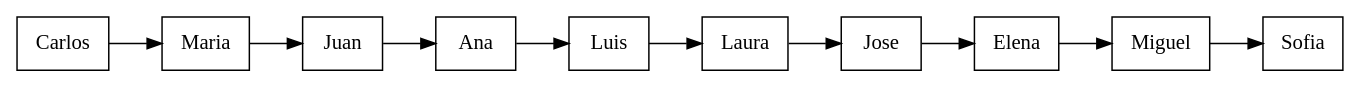
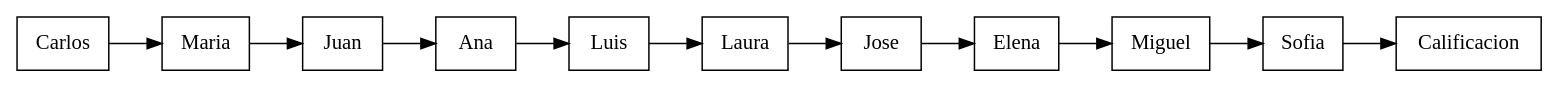
The diagram in Fase 1/cmake-build-debug/Usuarios.dot (TeFxiu/-EDD-Proyecto_202206963), drawn with Graphviz before and after one commit. The commit also changed 576 other files, not shown here.

```diff
--- a/Fase 1/cmake-build-debug/Usuarios.dot
+++ b/Fase 1/cmake-build-debug/Usuarios.dot
@@ -1,23 +1,25 @@
 digraph Usuarios{
 node[shape = "box"];
 rankdir=LR
 "Nodo1"[label = "Carlos"];
 "Nodo1"->"Nodo2"
 "Nodo2"[label = "Maria"];
 "Nodo2"->"Nodo3"
 "Nodo3"[label = "Juan"];
 "Nodo3"->"Nodo4"
 "Nodo4"[label = "Ana"];
 "Nodo4"->"Nodo5"
 "Nodo5"[label = "Luis"];
 "Nodo5"->"Nodo6"
 "Nodo6"[label = "Laura"];
 "Nodo6"->"Nodo7"
 "Nodo7"[label = "Jose"];
 "Nodo7"->"Nodo8"
 "Nodo8"[label = "Elena"];
 "Nodo8"->"Nodo9"
 "Nodo9"[label = "Miguel"];
 "Nodo9"->"Nodo10"
 "Nodo10"[label = "Sofia"];
-"Nodo10"}
+"Nodo10"->"Nodo11"
+"Nodo11"[label = "Calificacion"];
+"Nodo11"}
```
